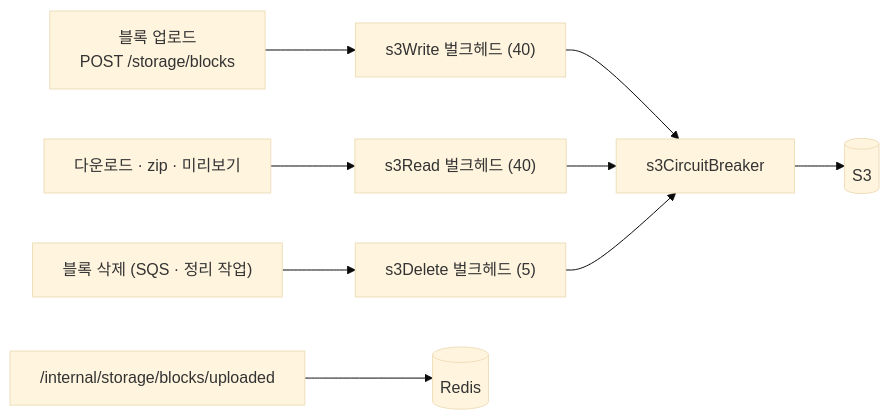
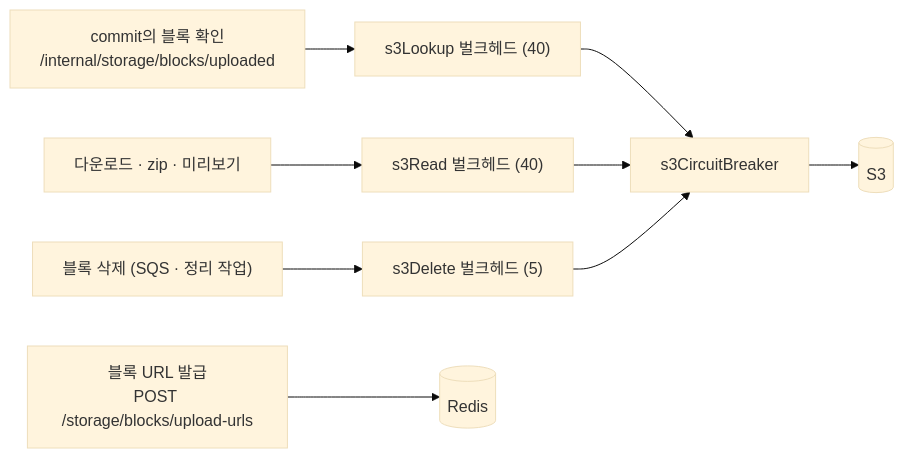
Before and after one commit to rivertw777/ModuDrive-API: the fifth of 5 diagrams in .docs/spec/006-resilience-spec.md, drawn with Mermaid (base theme). The commit also changed other lines of this file and 59 other files, not shown here.

First line of the commit message:
feat(storage): upload blocks to S3 via presigned URLs

````diff
--- a/.docs/spec/006-resilience-spec.md
+++ b/.docs/spec/006-resilience-spec.md
@@ -337,11 +337,11 @@
 ```mermaid
 flowchart LR
-    U["블록 업로드<br/>POST /storage/blocks"] --> W["s3Write 벌크헤드 (40)"]
+    I["commit의 블록 확인<br/>/internal/storage/blocks/uploaded"] --> L["s3Lookup 벌크헤드 (40)"]
     D["다운로드 · zip · 미리보기"] --> R["s3Read 벌크헤드 (40)"]
     P["블록 삭제 (SQS · 정리 작업)"] --> X["s3Delete 벌크헤드 (5)"]
-    W --> C["s3CircuitBreaker"]
+    L --> C["s3CircuitBreaker"]
     R --> C
     X --> C
     C --> S3[("S3")]
-    I["/internal/storage/blocks/uploaded"] --> Redis[("Redis")]
+    U["블록 URL 발급<br/>POST /storage/blocks/upload-urls"] --> Redis[("Redis")]
 ```
````
